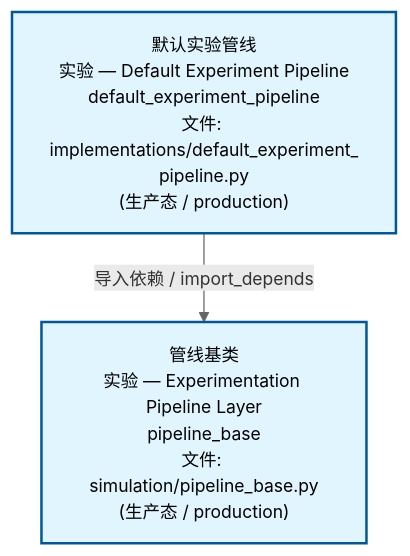
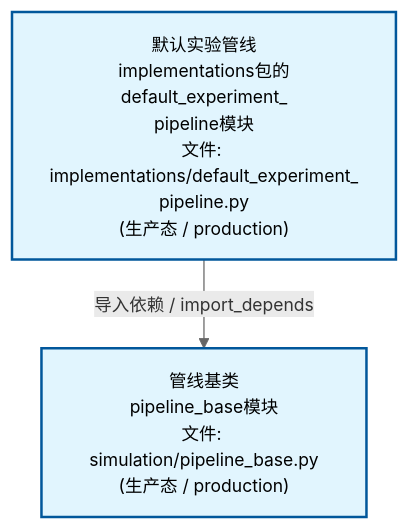
Before and after one commit to xuanFelixVan/ZephyrAlpha: the second of 4 diagrams in docs/02_enterprise_architecture/02_domain_architecture_docs/70_d_simulation.md, drawn with Mermaid. The commit also changed other lines of this file and 62 other files, not shown here.

````diff
--- a/docs/02_enterprise_architecture/02_domain_architecture_docs/70_d_simulation.md
+++ b/docs/02_enterprise_architecture/02_domain_architecture_docs/70_d_simulation.md
@@ -95,12 +95,12 @@
 ```mermaid
 %%{init: {'theme': 'base', 'themeVariables': {'primaryColor': '#eaeaea', 'primaryTextColor': '#333333', 'primaryBorderColor': '#666666', 'lineColor': '#666666', 'secondaryColor': '#eaeaea', 'tertiaryColor': '#eaeaea', 'fontSize': '14px'}}}%%
 flowchart TD
-    src_zephyr_simulation_implementations_default_experiment_pipeline_py["默认实验管线<br/>实验 — Default Experiment Pipeline<br/>default_experiment_pipeline<br/>文件: implementations/default_experiment_<br/>pipeline.py<br/>(生产态 / production)"]
-    src_zephyr_simulation_pipeline_base_py["管线基类<br/>实验 — Experimentation Pipeline Layer<br/>pipeline_base<br/>文件: simulation/pipeline_base.py<br/>(生产态 / production)"]
+    src_zephyr_simulation_implementations_default_experiment_pipeline_py["默认实验管线<br/>implementations包的default_experiment_<br/>pipeline模块<br/>文件: implementations/default_experiment_<br/>pipeline.py<br/>(生产态 / production)"]
+    src_zephyr_simulation_pipeline_base_py["管线基类<br/>pipeline_base模块<br/>文件: simulation/pipeline_base.py<br/>(生产态 / production)"]
     src_zephyr_simulation_implementations_default_experiment_pipeline_py -->|导入依赖 / import_depends| src_zephyr_simulation_pipeline_base_py
     classDef production fill:#e1f5fe,stroke:#01579b,stroke-width:2px,color:#000
     classDef design fill:#fff3e0,stroke:#e65100,stroke-width:2px,color:#000,stroke-dasharray: 5 5
     classDef external_prod fill:#e8f4fd,stroke:#0277bd,stroke-width:1px,color:#000
     classDef external_design fill:#fff8e7,stroke:#ef6c00,stroke-width:1px,color:#000,stroke-dasharray: 5 5
     class src_zephyr_simulation_implementations_default_experiment_pipeline_py,src_zephyr_simulation_pipeline_base_py production
 ```
````
